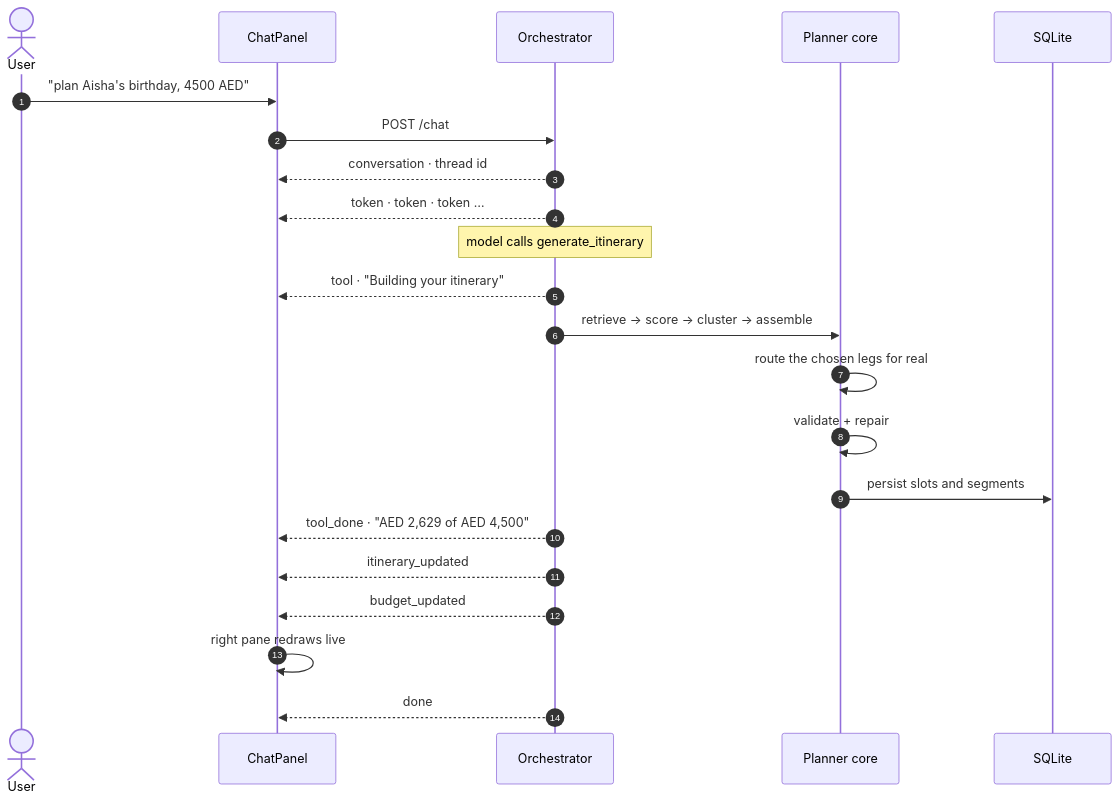
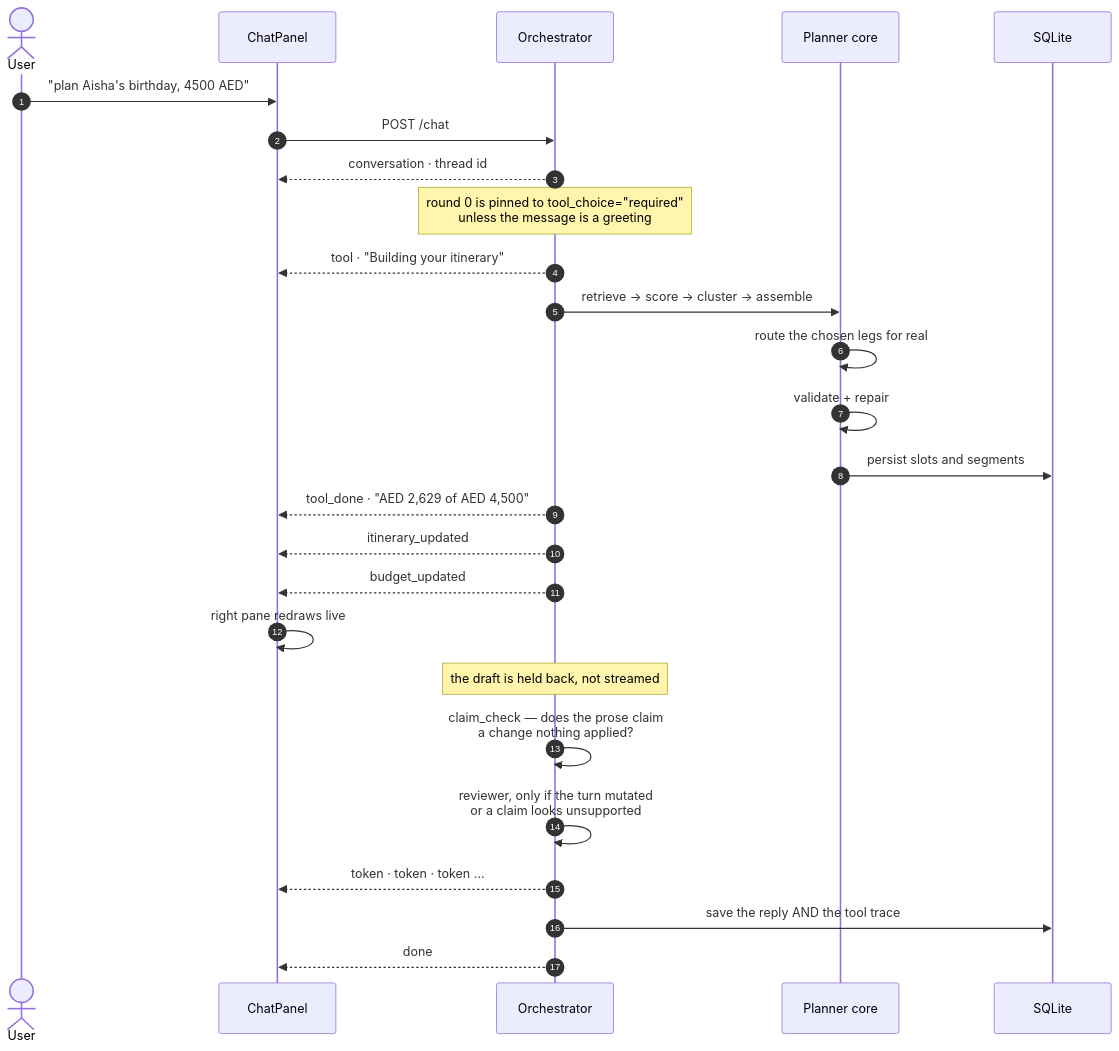
Before and after one commit to R1han/Itinerary-Planner: the second of 5 diagrams in README.md, drawn with Mermaid. The commit also changed other lines of this file, not shown here.

````diff
--- a/README.md
+++ b/README.md
@@ -159,28 +169,33 @@
 ```mermaid
 sequenceDiagram
     autonumber
     actor U as User
     participant C as ChatPanel
     participant O as Orchestrator
     participant P as Planner core
     participant D as SQLite
 
     U->>C: "plan Aisha's birthday, 4500 AED"
     C->>O: POST /chat
     O-->>C: conversation · thread id
-    O-->>C: token · token · token …
 
-    Note over O: model calls generate_itinerary
+    Note over O: round 0 is pinned to tool_choice="required"<br/>unless the message is a greeting
     O-->>C: tool · "Building your itinerary"
 
     O->>P: retrieve → score → cluster → assemble
     P->>P: route the chosen legs for real
     P->>P: validate + repair
     P->>D: persist slots and segments
 
     O-->>C: tool_done · "AED 2,629 of AED 4,500"
     O-->>C: itinerary_updated
     O-->>C: budget_updated
     C->>C: right pane redraws live
+
+    Note over O: the draft is held back, not streamed
+    O->>O: claim_check — does the prose claim<br/>a change nothing applied?
+    O->>O: reviewer, only if the turn mutated<br/>or a claim looks unsupported
+    O-->>C: token · token · token …
+    O->>D: save the reply AND the tool trace
     O-->>C: done
 ```
````
